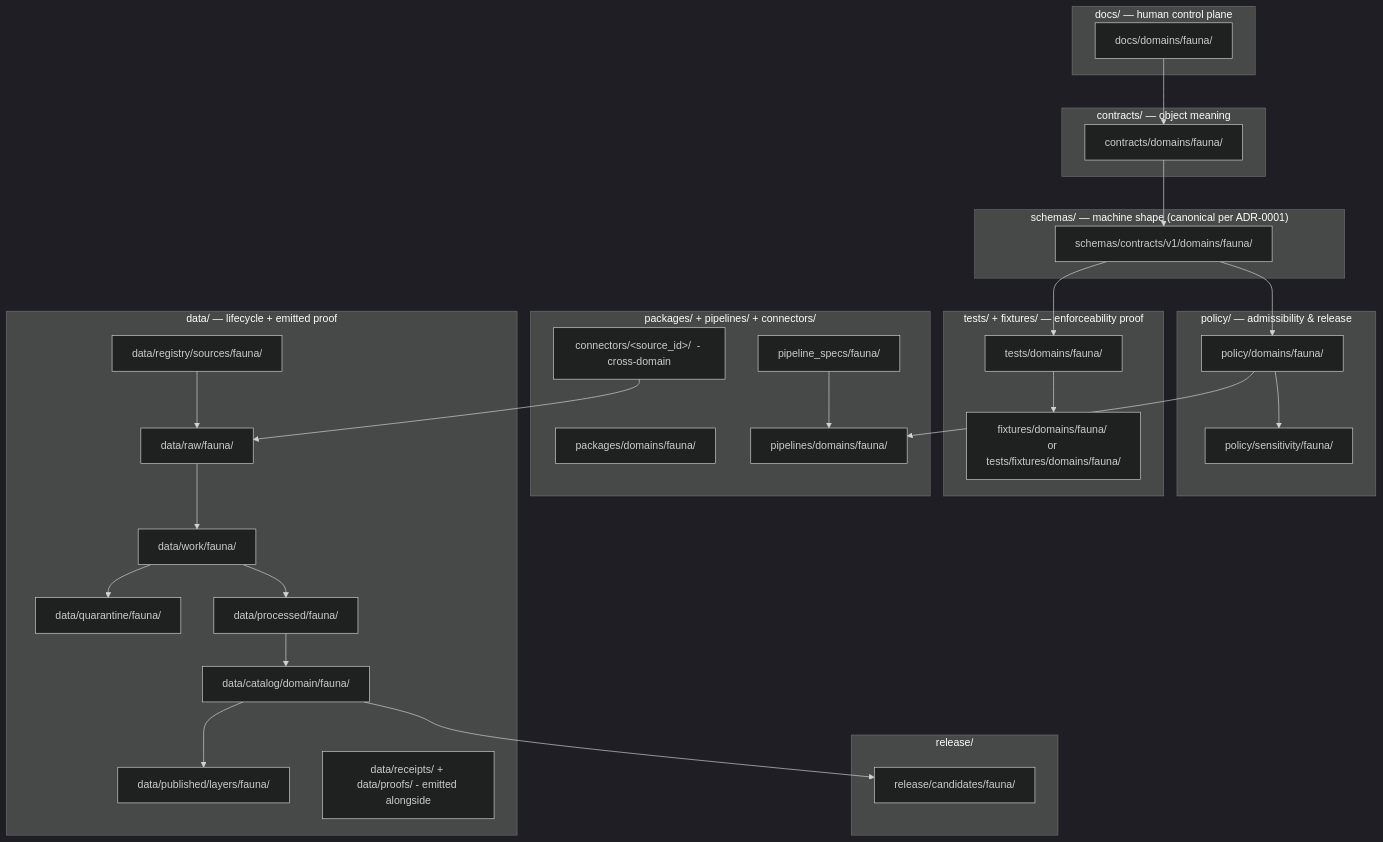
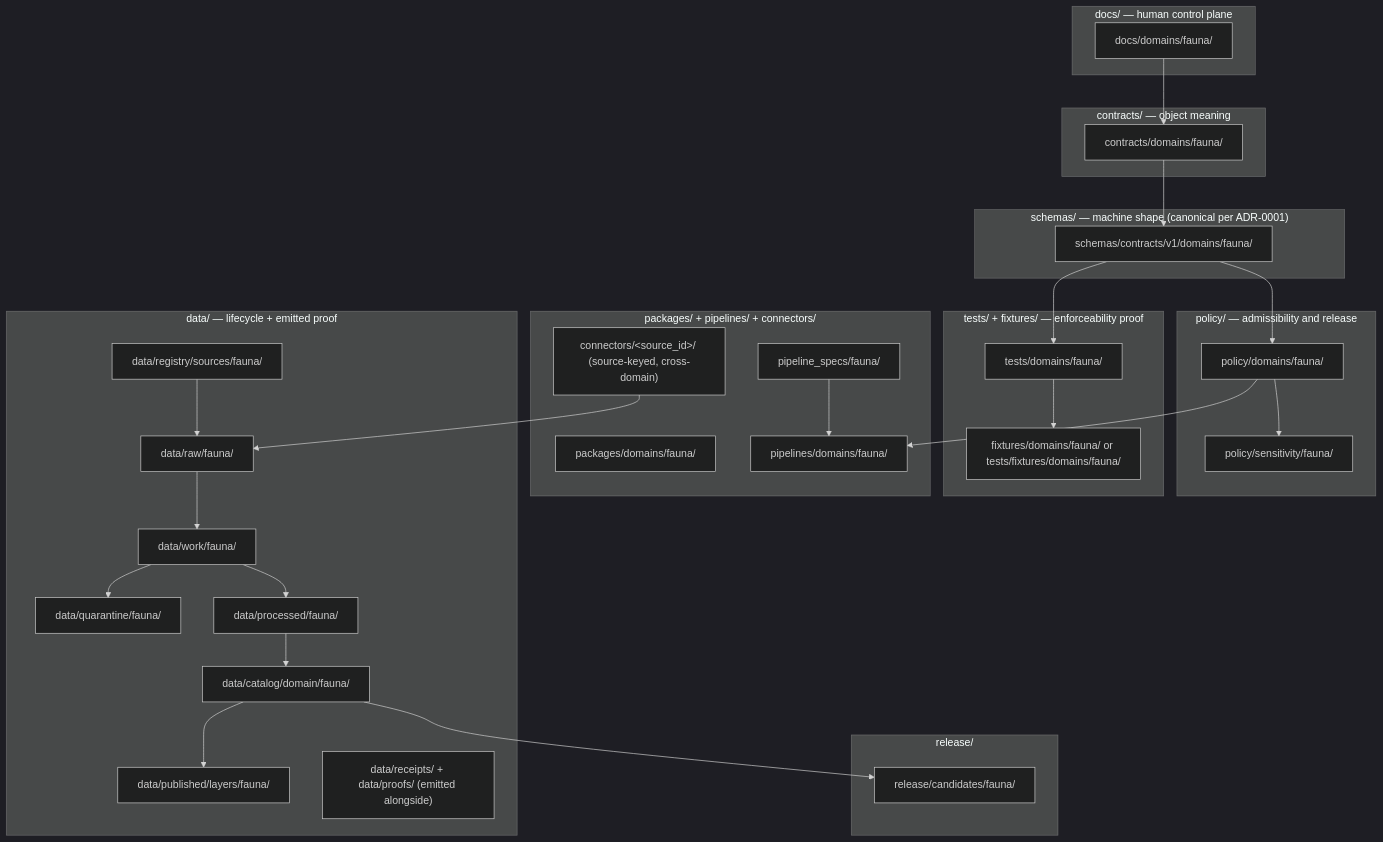
One commit to bartytime4life/Kansas-Frontier-Matrix changed the second of 2 diagrams in docs/domains/fauna/FILE_SYSTEM_PLAN.md. Above: the diagram before and after it, drawn with Mermaid (dark theme). The commit also changed other lines of this file, not shown here.

````diff
--- a/docs/domains/fauna/FILE_SYSTEM_PLAN.md
+++ b/docs/domains/fauna/FILE_SYSTEM_PLAN.md
@@ -130,51 +140,51 @@
 ```mermaid
 flowchart TB
   subgraph DOCS["docs/ — human control plane"]
-    D1[docs/domains/fauna/]
+    D1["docs/domains/fauna/"]
   end
   subgraph CONTRACTS["contracts/ — object meaning"]
-    C1[contracts/domains/fauna/]
+    C1["contracts/domains/fauna/"]
   end
   subgraph SCHEMAS["schemas/ — machine shape (canonical per ADR-0001)"]
-    SC1[schemas/contracts/v1/domains/fauna/]
+    SC1["schemas/contracts/v1/domains/fauna/"]
   end
-  subgraph POLICY["policy/ — admissibility & release"]
-    P1[policy/domains/fauna/]
-    P2[policy/sensitivity/fauna/]
+  subgraph POLICY["policy/ — admissibility and release"]
+    P1["policy/domains/fauna/"]
+    P2["policy/sensitivity/fauna/"]
   end
   subgraph TESTS["tests/ + fixtures/ — enforceability proof"]
-    T1[tests/domains/fauna/]
-    F1[fixtures/domains/fauna/ <br/>or tests/fixtures/domains/fauna/]
+    T1["tests/domains/fauna/"]
+    F1["fixtures/domains/fauna/ or tests/fixtures/domains/fauna/"]
   end
   subgraph CODE["packages/ + pipelines/ + connectors/"]
-    K1[packages/domains/fauna/]
-    PL1[pipelines/domains/fauna/]
-    PS1[pipeline_specs/fauna/]
-    CN1[connectors/&lt;source_id&gt;/  - cross-domain]
+    K1["packages/domains/fauna/"]
+    PL1["pipelines/domains/fauna/"]
+    PS1["pipeline_specs/fauna/"]
+    CN1["connectors/&lt;source_id&gt;/ (source-keyed, cross-domain)"]
   end
   subgraph DATA["data/ — lifecycle + emitted proof"]
-    DA1[data/raw/fauna/]
-    DA2[data/work/fauna/]
-    DA3[data/quarantine/fauna/]
-    DA4[data/processed/fauna/]
-    DA5[data/catalog/domain/fauna/]
-    DA6[data/published/layers/fauna/]
-    DA7[data/registry/sources/fauna/]
-    DA8[data/receipts/ + data/proofs/ - emitted alongside]
+    DA1["data/raw/fauna/"]
+    DA2["data/work/fauna/"]
+    DA3["data/quarantine/fauna/"]
+    DA4["data/processed/fauna/"]
+    DA5["data/catalog/domain/fauna/"]
+    DA6["data/published/layers/fauna/"]
+    DA7["data/registry/sources/fauna/"]
+    DA8["data/receipts/ + data/proofs/ (emitted alongside)"]
   end
   subgraph RELEASE["release/"]
-    R1[release/candidates/fauna/]
+    R1["release/candidates/fauna/"]
   end
   D1 --> C1 --> SC1
   SC1 --> P1
   P1 --> P2
   SC1 --> T1
   T1 --> F1
   P1 --> PL1
   PS1 --> PL1
   CN1 --> DA1
   DA1 --> DA2 --> DA3
   DA2 --> DA4 --> DA5 --> DA6
   DA7 --> DA1
   DA5 --> R1
 ```
````
